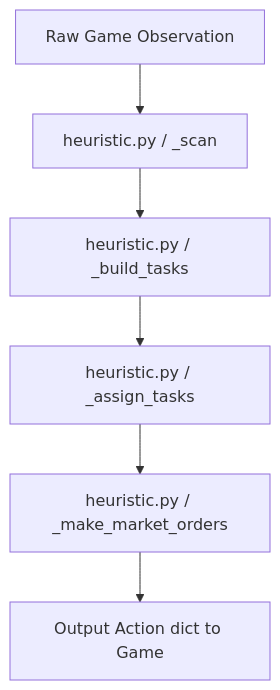
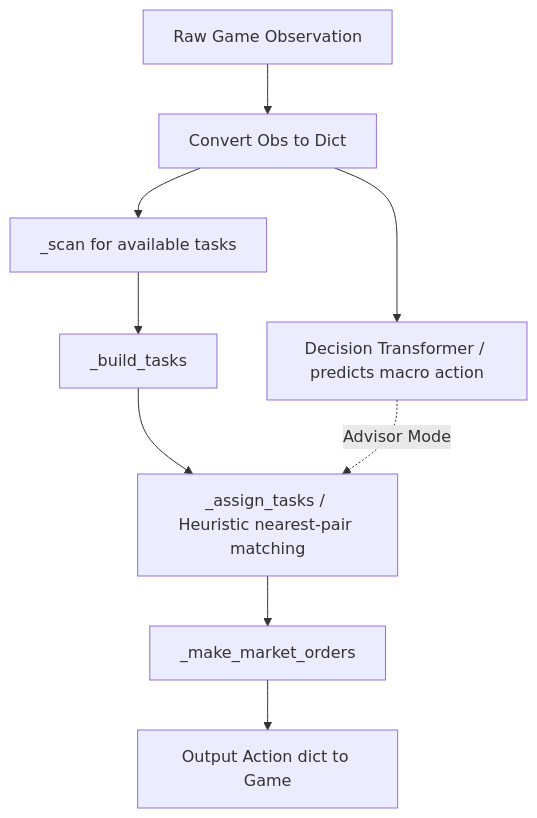
The diagram in instructions/brain.md (thiskartikey/KaggricultureAgent2), drawn with Mermaid before and after one commit. The commit also changed other lines of this file and 1 other file, not shown here.

````diff
--- a/instructions/brain.md
+++ b/instructions/brain.md
@@ -9,8 +9,11 @@
 ```mermaid
 graph TD
-    Obs[Raw Game Observation] --> Scan[heuristic.py / _scan]
-    Scan --> BuildTasks[heuristic.py / _build_tasks]
-    BuildTasks --> AssignTasks[heuristic.py / _assign_tasks]
-    AssignTasks --> MarketOrders[heuristic.py / _make_market_orders]
+    Obs[Raw Game Observation] --> Parse[Convert Obs to Dict]
+    Parse --> DT[Decision Transformer / predicts macro action]
+    Parse --> Scan[_scan for available tasks]
+    Scan --> BuildTasks[_build_tasks]
+    BuildTasks --> AssignTasks[_assign_tasks / Heuristic nearest-pair matching]
+    DT -. Advisor Mode .-> AssignTasks
+    AssignTasks --> MarketOrders[_make_market_orders]
     MarketOrders --> Output[Output Action dict to Game]
 ```
````
